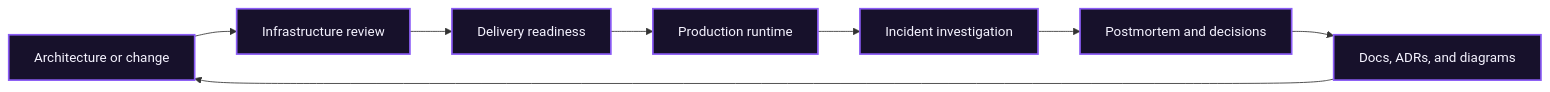
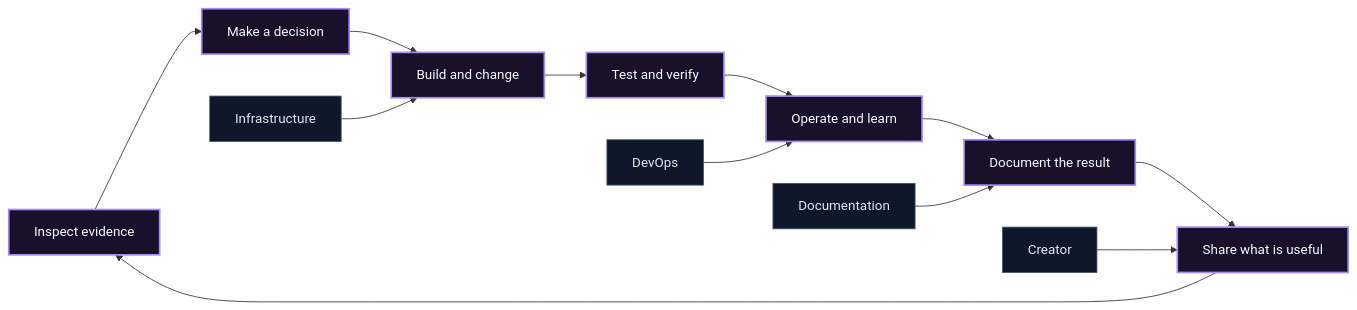
The diagram in README.md (BRYANN2K/stipulate-skills), drawn with Mermaid before and after one commit. The commit also changed other lines of this file and 18 other files, not shown here.

````diff
--- a/README.md
+++ b/README.md
@@ -95,13 +101,20 @@
 ```mermaid
 flowchart LR
-    Plan["Architecture or change"] --> Infra["Infrastructure review"]
-    Infra --> Delivery["Delivery readiness"]
-    Delivery --> Runtime["Production runtime"]
-    Runtime --> Incident["Incident investigation"]
-    Incident --> Learning["Postmortem and decisions"]
-    Learning --> Docs["Docs, ADRs, and diagrams"]
-    Docs --> Plan
+    Evidence["Inspect evidence"] --> Decide["Make a decision"]
+    Decide --> Build["Build and change"]
+    Build --> Verify["Test and verify"]
+    Verify --> Operate["Operate and learn"]
+    Operate --> Document["Document the result"]
+    Document --> Share["Share what is useful"]
+    Share --> Evidence
 
-    classDef core fill:#17112b,stroke:#8b5cf6,color:#f5f3ff,stroke-width:2px;
-    class Plan,Infra,Delivery,Runtime,Incident,Learning,Docs core;
+    Infra["Infrastructure"] --> Build
+    DevOps["DevOps"] --> Operate
+    Docs["Documentation"] --> Document
+    Creator["Creator"] --> Share
+
+    classDef core fill:#17112b,stroke:#a78bfa,color:#fafafa,stroke-width:2px;
+    classDef domain fill:#0f172a,stroke:#475569,color:#e2e8f0;
+    class Evidence,Decide,Build,Verify,Operate,Document,Share core;
+    class Infra,DevOps,Docs,Creator domain;
 ```
````
